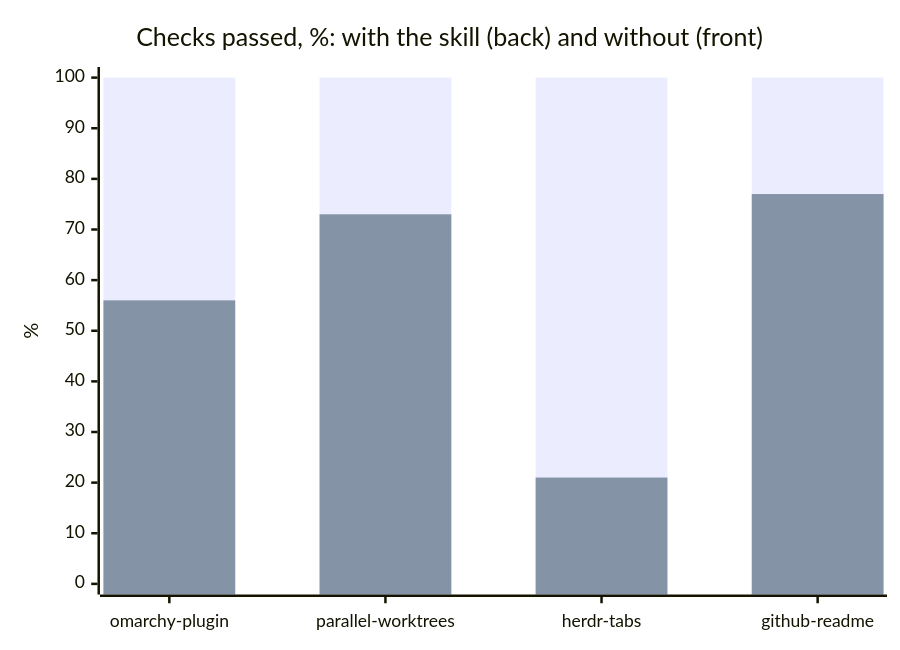
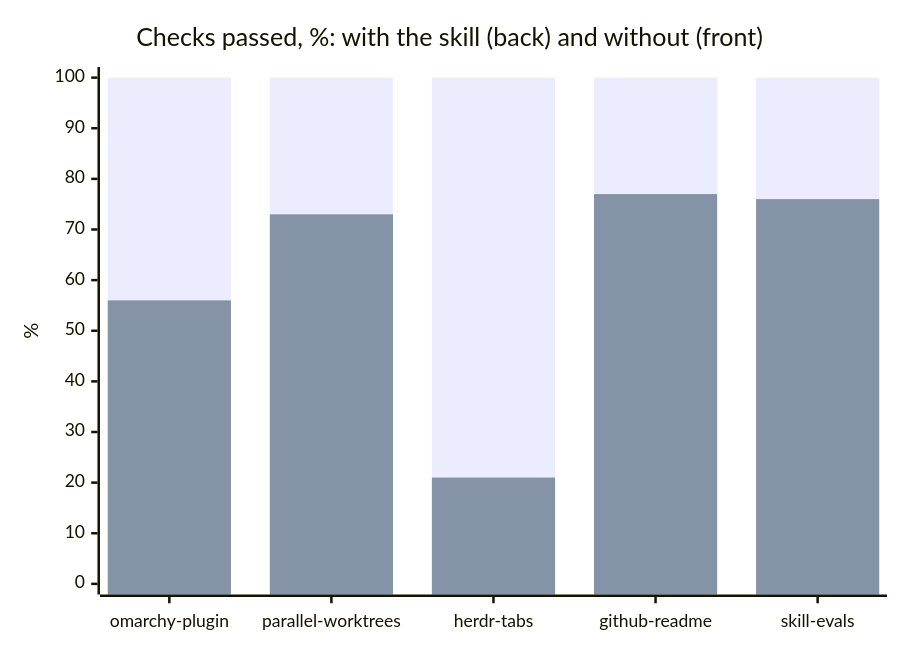
One commit to dDan4a/agent-skills changed the diagram in README.md. Above: the diagram before and after it, drawn with Mermaid. The commit also changed other lines of this file and 19 other files, not shown here.

Commit message:
skill-evals: evals for your own skills, run-evals moves into it

````diff
--- a/README.md
+++ b/README.md
@@ -94,8 +105,8 @@
 ```mermaid
 xychart-beta
   title "Checks passed, %: with the skill (back) and without (front)"
-  x-axis ["omarchy-plugin", "parallel-worktrees", "herdr-tabs", "github-readme"]
+  x-axis ["omarchy-plugin", "parallel-worktrees", "herdr-tabs", "github-readme", "skill-evals"]
   y-axis "%" 0 --> 100
-  bar [100, 100, 100, 100]
-  bar [56, 73, 21, 77]
+  bar [100, 100, 100, 100, 100]
+  bar [56, 73, 21, 77, 76]
 ```
````
